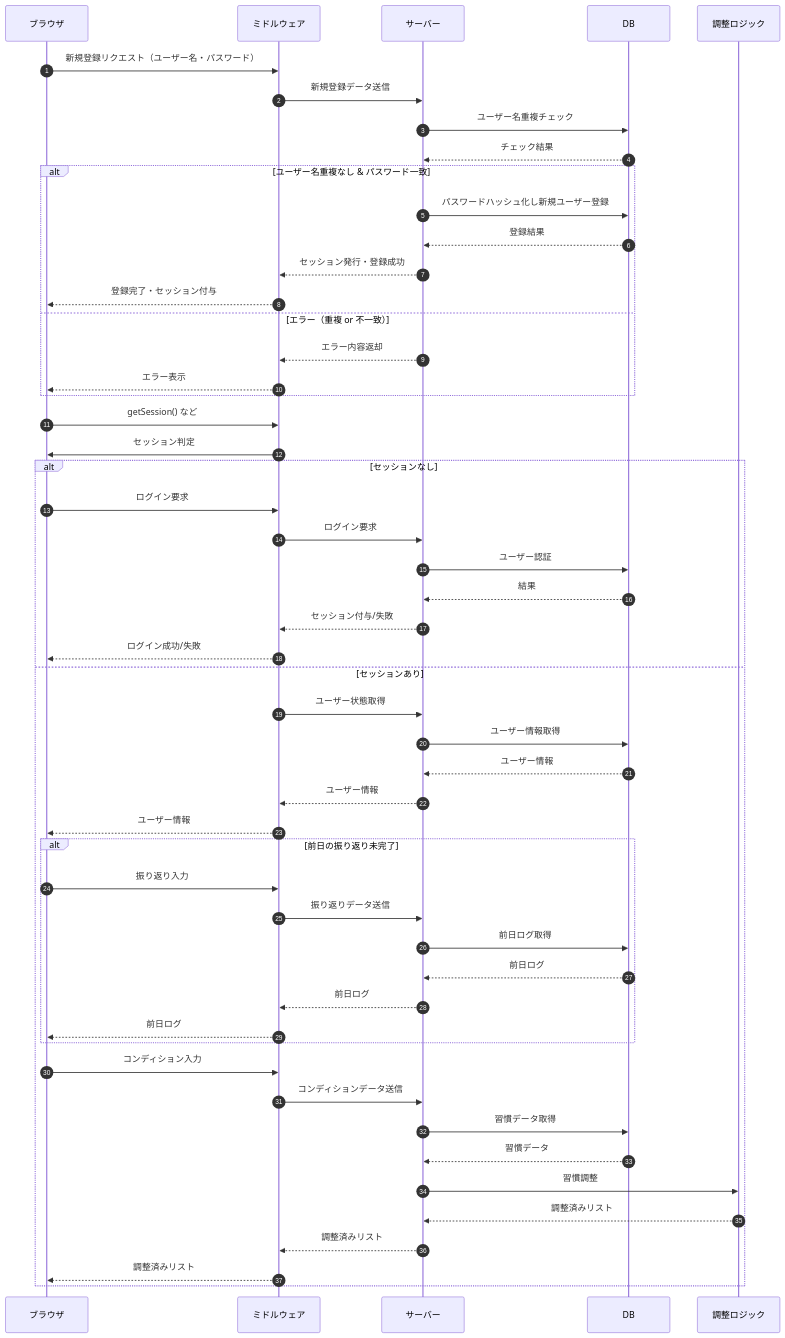
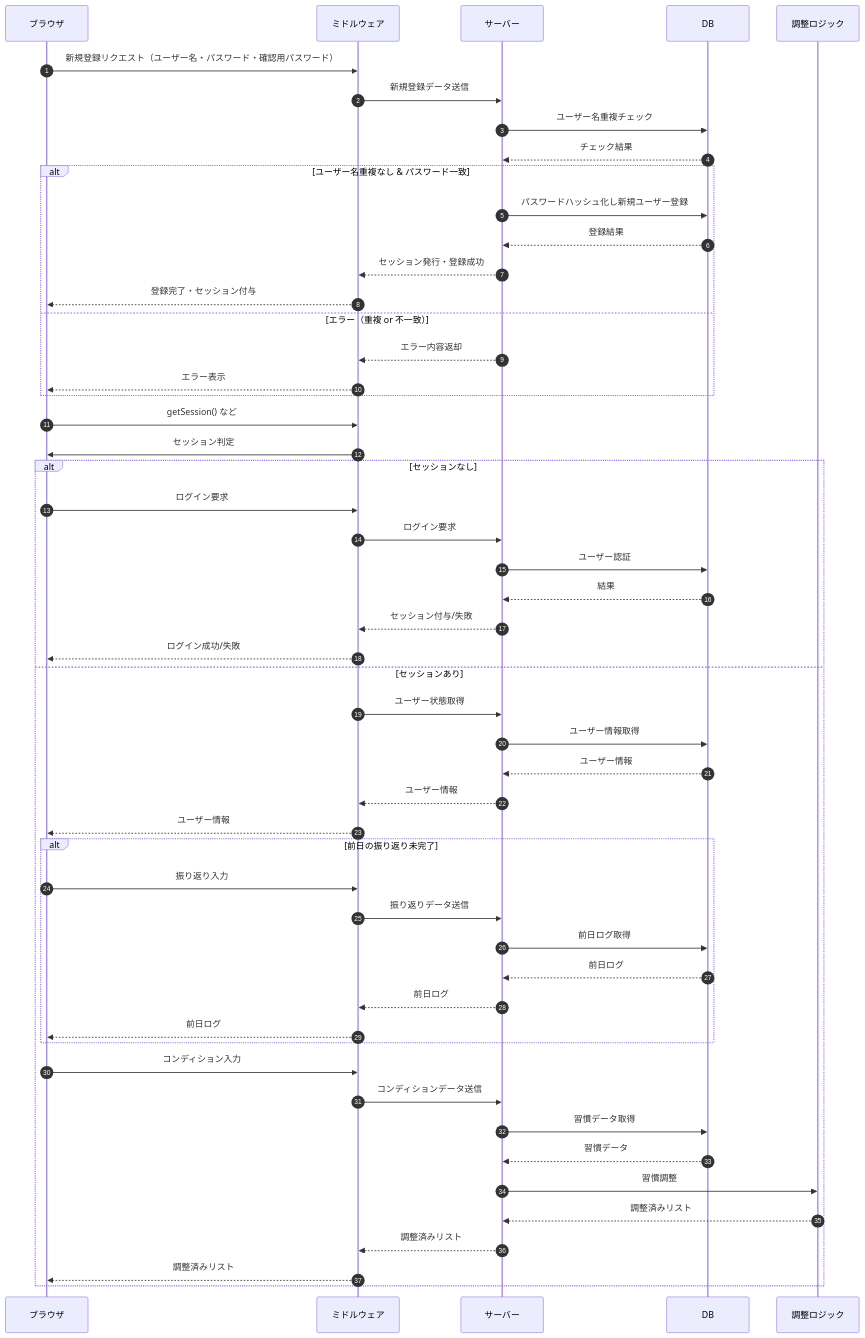
Before and after one commit to Moku3956/daily-routine: the diagram in docs/sequence.md, drawn with Mermaid.

Commit message:
Potential fix for pull request finding

````diff
--- a/docs/sequence.md
+++ b/docs/sequence.md
@@ -3,62 +3,62 @@
 ```mermaid
 sequenceDiagram
     autonumber
     participant Browser as ブラウザ
     participant Middleware as ミドルウェア
     participant Server as サーバー
     participant DB as DB
     participant Engine as 調整ロジック
 
     %% ユーザー登録
-    Browser->>Middleware: 新規登録リクエスト（ユーザー名・パスワード）
+    Browser->>Middleware: 新規登録リクエスト（ユーザー名・パスワード・確認用パスワード）
     Middleware->>Server: 新規登録データ送信
     Server->>DB: ユーザー名重複チェック
     DB-->>Server: チェック結果
     alt ユーザー名重複なし & パスワード一致
         Server->>DB: パスワードハッシュ化し新規ユーザー登録
         DB-->>Server: 登録結果
         Server-->>Middleware: セッション発行・登録成功
         Middleware-->>Browser: 登録完了・セッション付与
     else エラー（重複 or 不一致）
         Server-->>Middleware: エラー内容返却
         Middleware-->>Browser: エラー表示
     end
 
     %% セッション確認
     Browser->>Middleware: getSession() など
     Middleware->>Browser: セッション判定
 
     alt セッションなし
         Browser->>Middleware: ログイン要求
         Middleware->>Server: ログイン要求
         Server->>DB: ユーザー認証
         DB-->>Server: 結果
         Server-->>Middleware: セッション付与/失敗
         Middleware-->>Browser: ログイン成功/失敗
     else セッションあり
         Middleware->>Server: ユーザー状態取得
         Server->>DB: ユーザー情報取得
         DB-->>Server: ユーザー情報
         Server-->>Middleware: ユーザー情報
         Middleware-->>Browser: ユーザー情報
 
         alt 前日の振り返り未完了
             Browser->>Middleware: 振り返り入力
             Middleware->>Server: 振り返りデータ送信
             Server->>DB: 前日ログ取得
             DB-->>Server: 前日ログ
             Server-->>Middleware: 前日ログ
             Middleware-->>Browser: 前日ログ
         end
 
         %% 振り返り後または不要時は必ずコンディション入力
         Browser->>Middleware: コンディション入力
         Middleware->>Server: コンディションデータ送信
         Server->>DB: 習慣データ取得
         DB-->>Server: 習慣データ
         Server->>Engine: 習慣調整
         Engine-->>Server: 調整済みリスト
         Server-->>Middleware: 調整済みリスト
         Middleware-->>Browser: 調整済みリスト
     end
 ```
````
